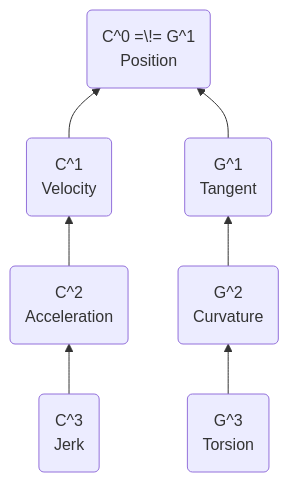
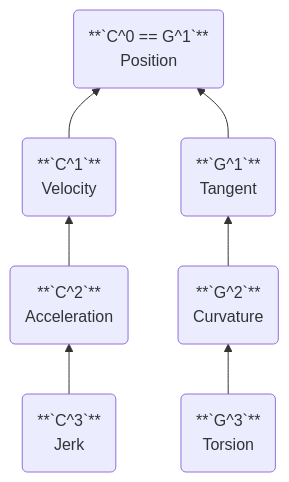
The diagram in notes/spline.md (Bricktech2000/Notes), drawn with Mermaid before and after one commit. The commit also changed 25 other files, not shown here.

````diff
--- a/notes/spline.md
+++ b/notes/spline.md
@@ -37,13 +37,13 @@
 ```mermaid
-graph BT;
-  0(<span class=math>C^0 =\!= G^1</span><br />Position)
-  C1(<span class=math>C^1</span><br />Velocity)
-  G1(<span class=math>G^1</span><br />Tangent)
-  C2(<span class=math>C^2</span><br />Acceleration)
-  G2(<span class=math>G^2</span><br />Curvature)
-  C3(<span class=math>C^3</span><br />Jerk)
-  G3(<span class=math>G^3</span><br />Torsion)
+graph BT
+  0(**`C^0 == G^1`**<br />Position)
+  C1(**`C^1`**<br />Velocity)
+  G1(**`G^1`**<br />Tangent)
+  C2(**`C^2`**<br />Acceleration)
+  G2(**`G^2`**<br />Curvature)
+  C3(**`C^3`**<br />Jerk)
+  G3(**`G^3`**<br />Torsion)
 
   C3 --> C2 --> C1 --> 0
   G3 --> G2 --> G1 --> 0
 ```
````
